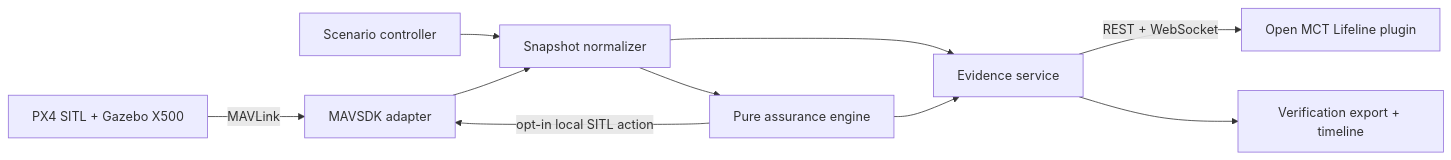
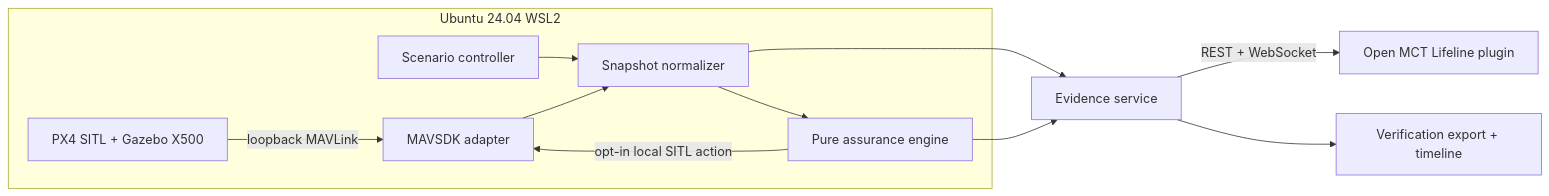
One commit to noahstephenson/lifeline-uas-assurance changed the diagram in docs/architecture.md. Above: the diagram before and after it, drawn with Mermaid. The commit also changed other lines of this file and 252 other files, not shown here.

````diff
--- a/docs/architecture.md
+++ b/docs/architecture.md
@@ -3,12 +3,14 @@
 ```mermaid
 flowchart LR
-  PX4[PX4 SITL + Gazebo X500] -->|MAVLink| ADAPTER[MAVSDK adapter]
+  subgraph WSL[Ubuntu 24.04 WSL2]
+  PX4[PX4 SITL + Gazebo X500] -->|loopback MAVLink| ADAPTER[MAVSDK adapter]
   SCENARIO[Scenario controller] --> NORMALIZER[Snapshot normalizer]
   ADAPTER --> NORMALIZER
   NORMALIZER --> ENGINE[Pure assurance engine]
   ENGINE -->|opt-in local SITL action| ADAPTER
+  end
   NORMALIZER --> EVIDENCE[Evidence service]
   ENGINE --> EVIDENCE
   EVIDENCE -->|REST + WebSocket| MCT[Open MCT Lifeline plugin]
   EVIDENCE --> EXPORT[Verification export + timeline]
 ```
````
